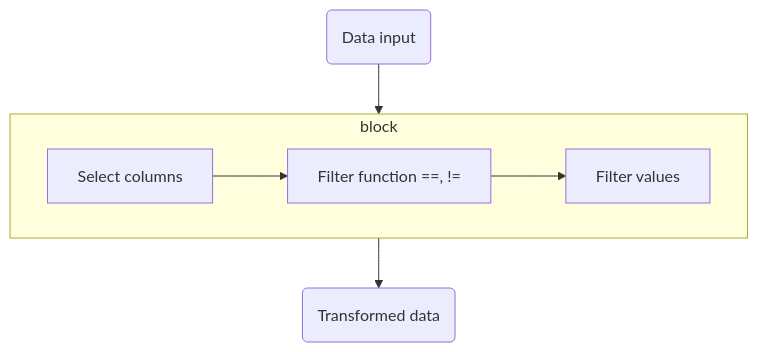
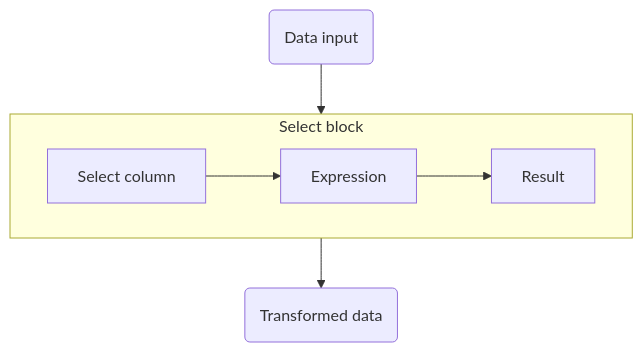
The third of 6 diagrams in index.qmd (BristolMyersSquibb/useR2024), drawn with Mermaid before and after one commit. The commit also changed other lines of this file and 2 other files, not shown here.

````diff
--- a/index.qmd
+++ b/index.qmd
@@ -246,10 +234,13 @@
 ```{mermaid}
 %%| mermaid-format: svg
 flowchart TD
-  data_in(Data input)
-  data_out(Transformed data)
-  subgraph block
-    select_col[Select columns] --> filter_func[Filter function ==, !=] --> filter_val[Filter values]
+  sel_data_in(Data input)
+  sel_data_out(Transformed data)
+  subgraph sel_block[Select block]
+    sel_select_col[Select column]
+    sel_expr[Expression]
+    sel_res[Result]
+    sel_select_col --> sel_expr --> sel_res
   end
-  data_in --> block --> data_out
+  sel_data_in --> sel_block --> sel_data_out
 ```
````
